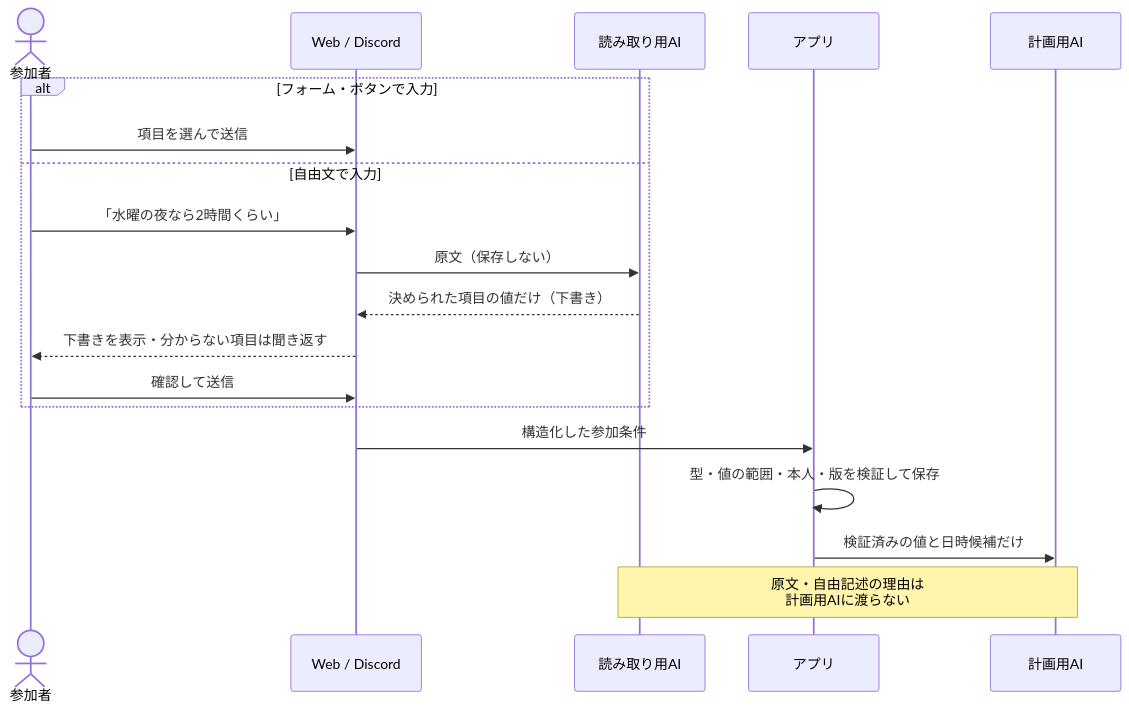
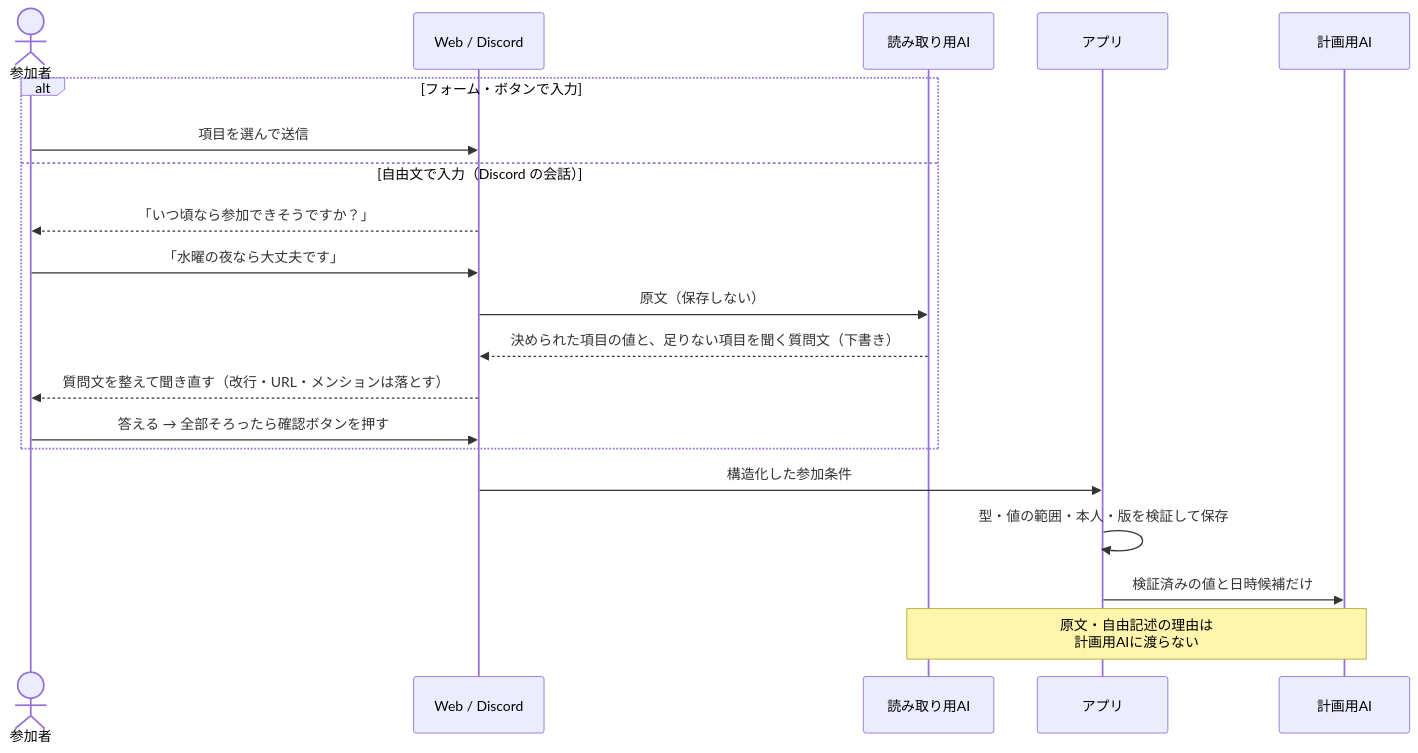
Before and after one commit to kasa320/ai-hackathon: the third of 5 diagrams in docs/scheduling-rule.md, drawn with Mermaid. The commit also changed other lines of this file and 4 other files, not shown here.

````diff
--- a/docs/scheduling-rule.md
+++ b/docs/scheduling-rule.md
@@ -115,22 +116,23 @@
 ```mermaid
 sequenceDiagram
     actor M as 参加者
     participant W as Web / Discord
     participant X as 読み取り用AI
     participant App as アプリ
     participant P as 計画用AI
 
     alt フォーム・ボタンで入力
         M->>W: 項目を選んで送信
-    else 自由文で入力
-        M->>W: 「水曜の夜なら2時間くらい」
+    else 自由文で入力（Discord の会話）
+        W-->>M: 「いつ頃なら参加できそうですか？」
+        M->>W: 「水曜の夜なら大丈夫です」
         W->>X: 原文（保存しない）
-        X-->>W: 決められた項目の値だけ（下書き）
-        W-->>M: 下書きを表示・分からない項目は聞き返す
-        M->>W: 確認して送信
+        X-->>W: 決められた項目の値と、足りない項目を聞く質問文（下書き）
+        W-->>M: 質問文を整えて聞き直す（改行・URL・メンションは落とす）
+        M->>W: 答える → 全部そろったら確認ボタンを押す
     end
     W->>App: 構造化した参加条件
     App->>App: 型・値の範囲・本人・版を検証して保存
     App->>P: 検証済みの値と日時候補だけ
     Note over X,P: 原文・自由記述の理由は<br/>計画用AIに渡らない
 ```
````
